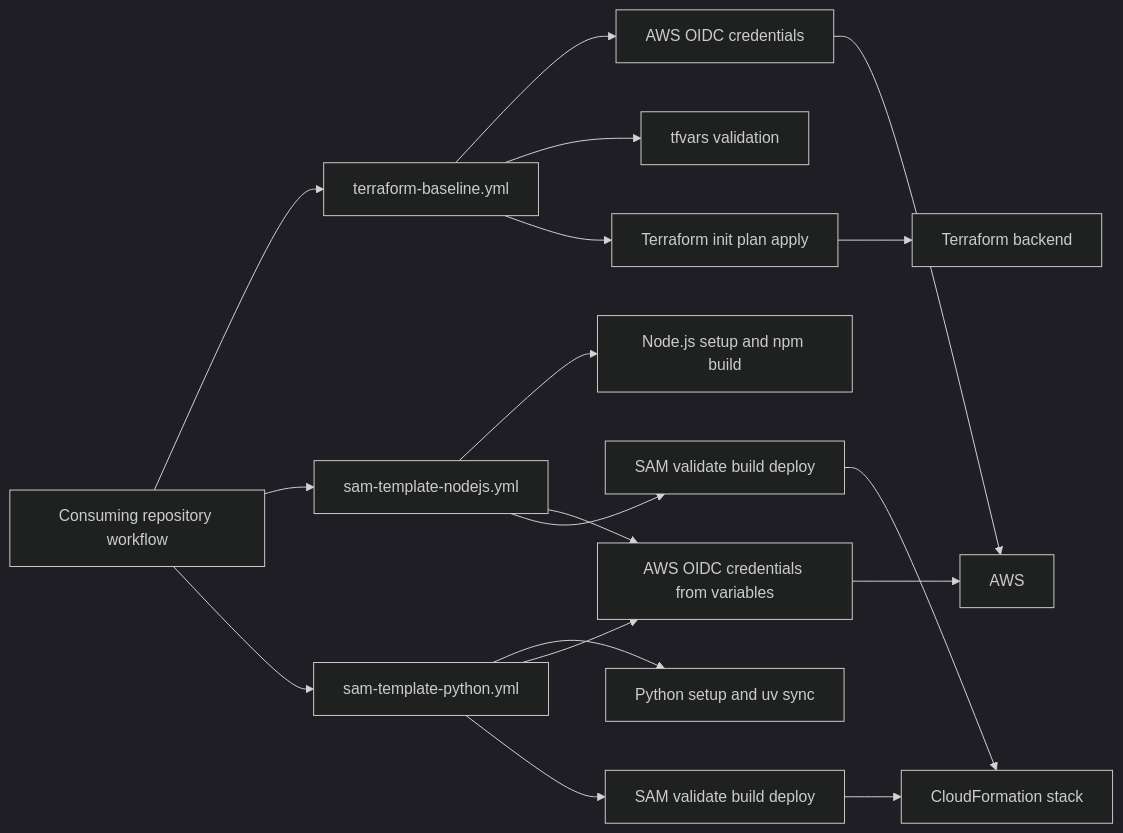
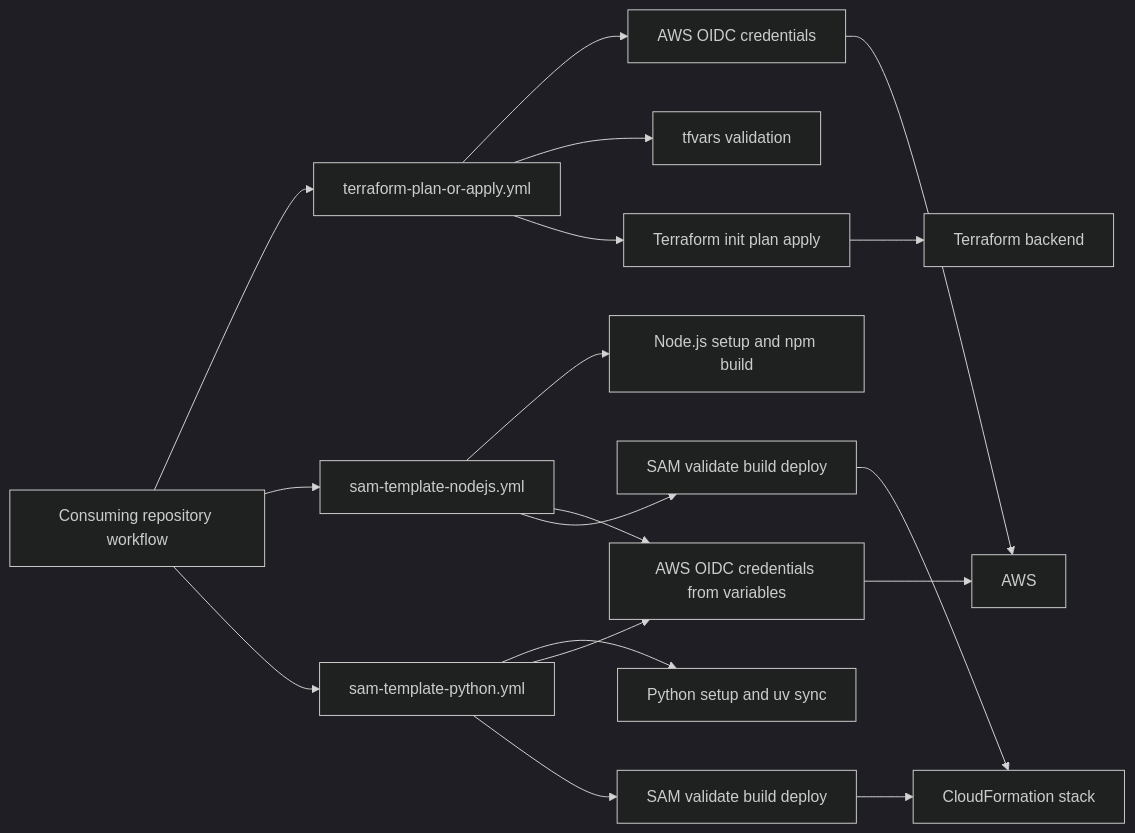
The diagram in docs/ARCHITECTURE.md (Copper-Forge/cf-infra-reusable-workflows), drawn with Mermaid (dark theme) before and after one commit. The commit also changed other lines of this file and 4 other files, not shown here.

````diff
--- a/docs/ARCHITECTURE.md
+++ b/docs/ARCHITECTURE.md
@@ -5,24 +5,24 @@
 ```mermaid
 flowchart LR
-  Caller[Consuming repository workflow] --> Terraform[terraform-baseline.yml]
+  Caller[Consuming repository workflow] --> Terraform[terraform-plan-or-apply.yml]
   Caller --> SamNode[sam-template-nodejs.yml]
   Caller --> SamPython[sam-template-python.yml]
 
   Terraform --> TfAuth[AWS OIDC credentials]
   Terraform --> TfValidate[tfvars validation]
   Terraform --> TfRun[Terraform init plan apply]
   TfAuth --> Aws[AWS]
   TfRun --> TfBackend[Terraform backend]
 
   SamNode --> NodeSetup[Node.js setup and npm build]
   SamNode --> SamAuth[AWS OIDC credentials from variables]
   SamNode --> SamCliNode[SAM validate build deploy]
 
   SamPython --> PythonSetup[Python setup and uv sync]
   SamPython --> SamAuth
   SamPython --> SamCliPython[SAM validate build deploy]
 
   SamAuth --> Aws
   SamCliNode --> CloudFormation[CloudFormation stack]
   SamCliPython --> CloudFormation
 ```
````
